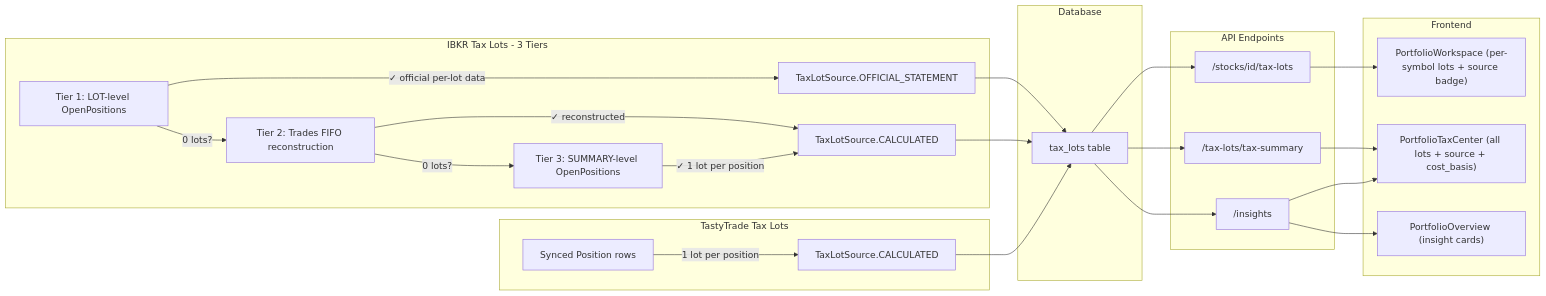
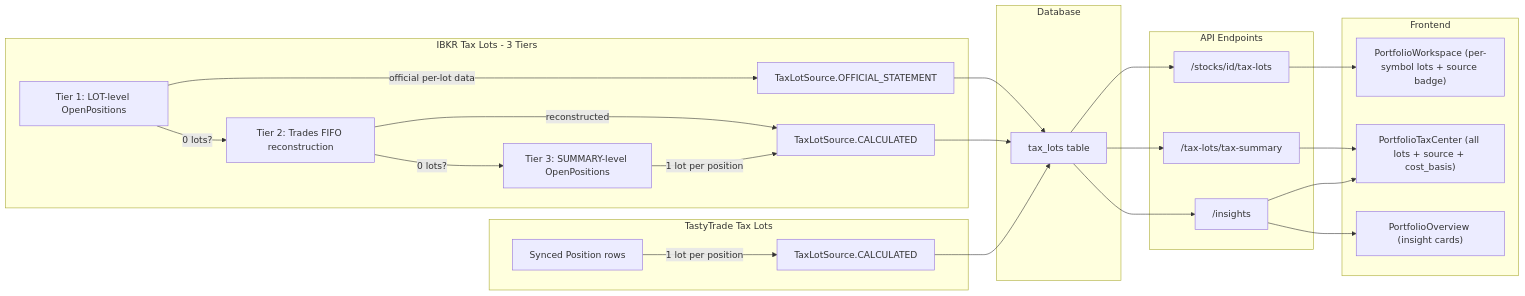
One commit to paperwork-labs/paperwork changed the second of 5 diagrams in docs/PORTFOLIO.md. Above: the diagram before and after it, drawn with Mermaid. The commit also changed other lines of this file and 76 other files, not shown here.

First line of the commit message:
feat: IBKR sync, connections page, and portfolio updates (#203)

````diff
--- a/docs/PORTFOLIO.md
+++ b/docs/PORTFOLIO.md
@@ -98,45 +106,45 @@
 ```mermaid
 flowchart LR
-    subgraph ibkrSync [IBKR Tax Lots - 3 Tiers]
+    subgraph ibkrSync ["IBKR Tax Lots - 3 Tiers"]
         Tier1["Tier 1: LOT-level OpenPositions"]
         Tier2["Tier 2: Trades FIFO reconstruction"]
         Tier3["Tier 3: SUMMARY-level OpenPositions"]
         Tier1 -->|"0 lots?"| Tier2
         Tier2 -->|"0 lots?"| Tier3
-        Tier1 -->|"✓ official per-lot data"| Lots1["TaxLotSource.OFFICIAL_STATEMENT"]
-        Tier2 -->|"✓ reconstructed"| Lots1c["TaxLotSource.CALCULATED"]
-        Tier3 -->|"✓ 1 lot per position"| Lots1c
+        Tier1 -->|"official per-lot data"| Lots1["TaxLotSource.OFFICIAL_STATEMENT"]
+        Tier2 -->|"reconstructed"| Lots1c["TaxLotSource.CALCULATED"]
+        Tier3 -->|"1 lot per position"| Lots1c
     end
 
-    subgraph ttSync [TastyTrade Tax Lots]
+    subgraph ttSync ["TastyTrade Tax Lots"]
         TTPositions["Synced Position rows"]
         TTPositions -->|"1 lot per position"| Lots2["TaxLotSource.CALCULATED"]
     end
 
-    subgraph dbLayer [Database]
+    subgraph dbLayer ["Database"]
         TaxLotsTable["tax_lots table"]
     end
 
-    subgraph apiLayer [API Endpoints]
+    subgraph apiLayer ["API Endpoints"]
         EP1["/stocks/id/tax-lots"]
         EP2["/tax-lots/tax-summary"]
         EP3["/insights"]
     end
 
-    subgraph uiLayer [Frontend]
+    subgraph uiLayer ["Frontend"]
         WS["PortfolioWorkspace (per-symbol lots + source badge)"]
         TC["PortfolioTaxCenter (all lots + source + cost_basis)"]
         OV["PortfolioOverview (insight cards)"]
     end
 
     Lots1 --> TaxLotsTable
     Lots1c --> TaxLotsTable
     Lots2 --> TaxLotsTable
     TaxLotsTable --> EP1
     TaxLotsTable --> EP2
     TaxLotsTable --> EP3
     EP1 --> WS
     EP2 --> TC
     EP3 --> OV
     EP3 --> TC
 ```
````
